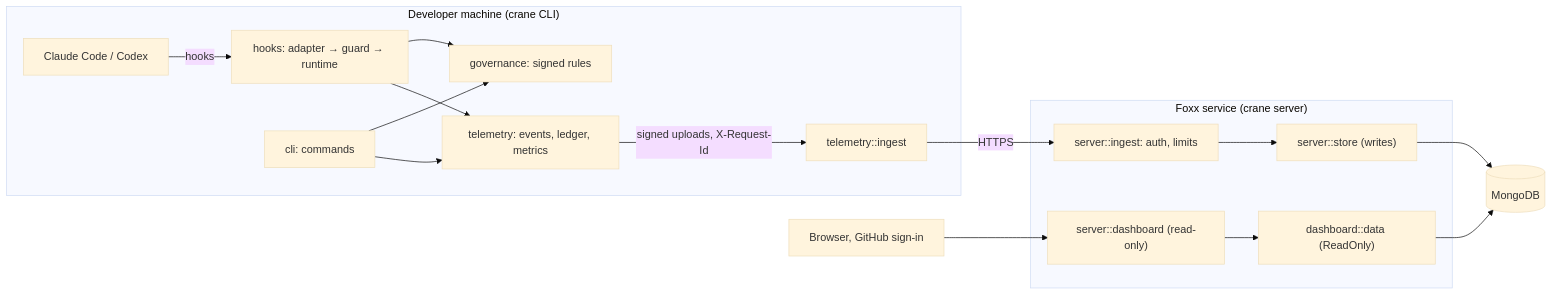
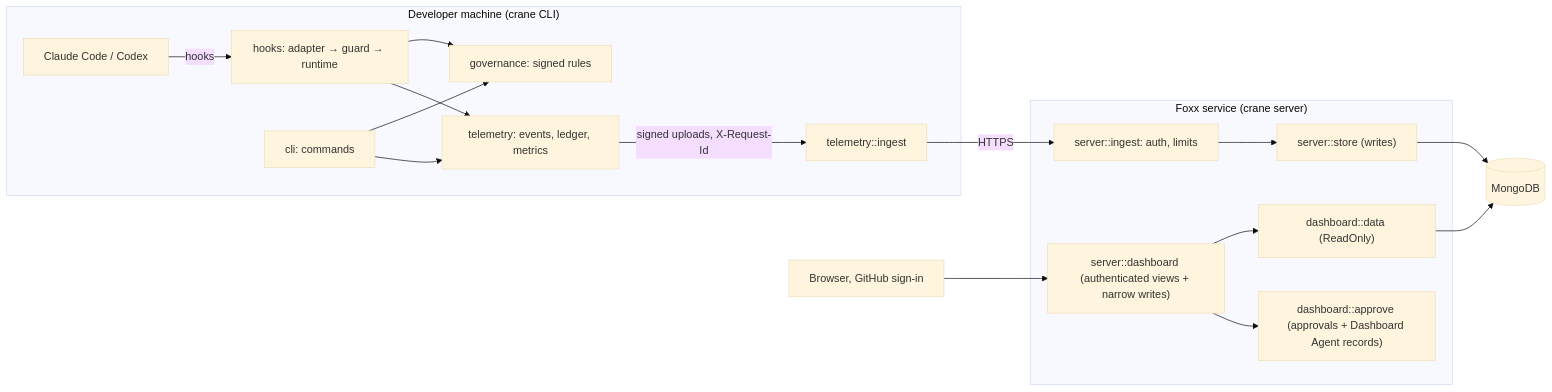
One commit to Landscape-Of-Agents/Landscape changed the diagram in README.md. Above: the diagram before and after it, drawn with Mermaid (base theme). The commit also changed other lines of this file and 31 other files, not shown here.

````diff
--- a/README.md
+++ b/README.md
@@ -303,19 +375,20 @@
 ```mermaid
 flowchart LR
   subgraph Machine["Developer machine (crane CLI)"]
     Agent["Claude Code / Codex"] -->|hooks| Hooks["hooks: adapter → guard → runtime"]
     CLI["cli: commands"] --> Gov["governance: signed rules"]
     Hooks --> Gov
     Hooks --> Tel["telemetry: events, ledger, metrics"]
     CLI --> Tel
     Tel -->|"signed uploads, X-Request-Id"| Up["telemetry::ingest"]
   end
   Up -->|HTTPS| Ingest
   subgraph Service["Foxx service (crane server)"]
     Ingest["server::ingest: auth, limits"] --> Store["server::store (writes)"]
-    Dash["server::dashboard (read-only)"] --> Read["dashboard::data (ReadOnly)"]
+    Dash["server::dashboard (authenticated views + narrow writes)"] --> Read["dashboard::data (ReadOnly)"]
+    Dash --> Approval["dashboard::approve (approvals + Dashboard Agent records)"]
   end
   Store --> DB[("MongoDB")]
   Read --> DB
   Browser["Browser, GitHub sign-in"] --> Dash
 ```
````
